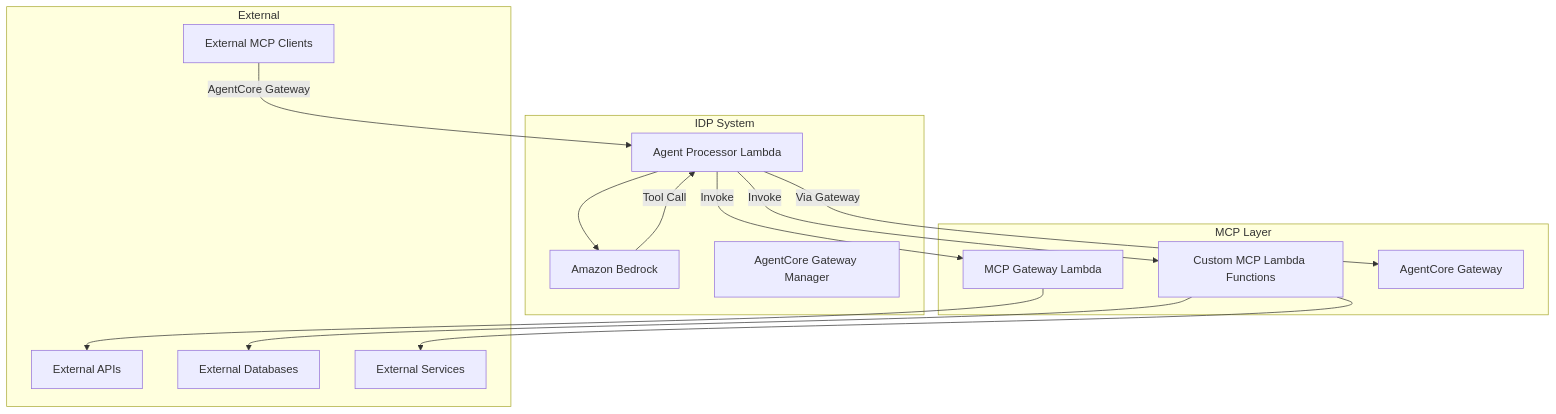
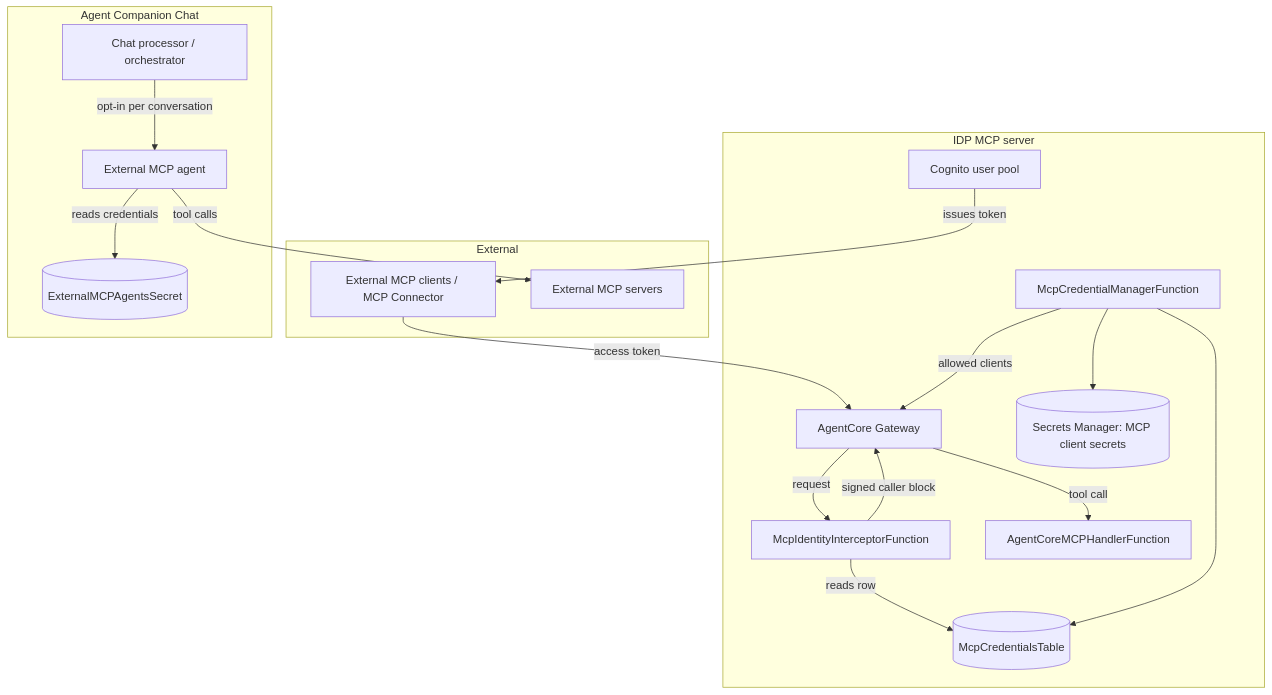
Before and after one commit to aws-solutions-library-samples/accelerated-intelligent-document-processing-on-aws: the diagram in security/threat-modeling/feature-threats/mcp-integration.md, drawn with Mermaid. The commit also changed other lines of this file and 26 other files, not shown here.

````diff
--- a/security/threat-modeling/feature-threats/mcp-integration.md
+++ b/security/threat-modeling/feature-threats/mcp-integration.md
@@ -25,33 +23,37 @@
 ```mermaid
 flowchart TD
-    subgraph IDP System
-        Agent[Agent Processor Lambda]
-        Bedrock[Amazon Bedrock]
-        Gateway[AgentCore Gateway Manager]
+    subgraph External
+        ExtMCPClient[External MCP clients / MCP Connector]
+        ExtMCPServer[External MCP servers]
     end
 
-    subgraph MCP Layer
-        MCPLambda[MCP Gateway Lambda]
-        CustomMCP[Custom MCP Lambda Functions]
+    subgraph IDP MCP server
+        Cognito[Cognito user pool]
         AgentCoreGW[AgentCore Gateway]
+        Interceptor[McpIdentityInterceptorFunction]
+        Handler[AgentCoreMCPHandlerFunction]
+        Registry[(McpCredentialsTable)]
+        Secrets[(Secrets Manager: MCP client secrets)]
+        CredMgr[McpCredentialManagerFunction]
     end
 
-    subgraph External
-        ExtAPI[External APIs]
-        ExtDB[External Databases]
-        ExtService[External Services]
-        ExtMCPClient[External MCP Clients]
+    subgraph Agent Companion Chat
+        Orchestrator[Chat processor / orchestrator]
+        ExtAgent[External MCP agent]
+        ExtSecret[(ExternalMCPAgentsSecret)]
     end
 
-    Agent --> Bedrock
-    Bedrock -->|Tool Call| Agent
-    Agent -->|Invoke| MCPLambda
-    Agent -->|Invoke| CustomMCP
-    Agent -->|Via Gateway| AgentCoreGW
+    ExtMCPClient -->|access token| AgentCoreGW
+    Cognito -->|issues token| ExtMCPClient
+    AgentCoreGW -->|request| Interceptor
+    Interceptor -->|reads row| Registry
+    Interceptor -->|signed caller block| AgentCoreGW
+    AgentCoreGW -->|tool call| Handler
+    CredMgr --> Registry
+    CredMgr --> Secrets
+    CredMgr -->|allowed clients| AgentCoreGW
 
-    MCPLambda --> ExtAPI
-    CustomMCP --> ExtDB
-    CustomMCP --> ExtService
-    
-    ExtMCPClient -->|AgentCore Gateway| Agent
+    Orchestrator -->|opt-in per conversation| ExtAgent
+    ExtAgent -->|reads credentials| ExtSecret
+    ExtAgent -->|tool calls| ExtMCPServer
 ```
````
